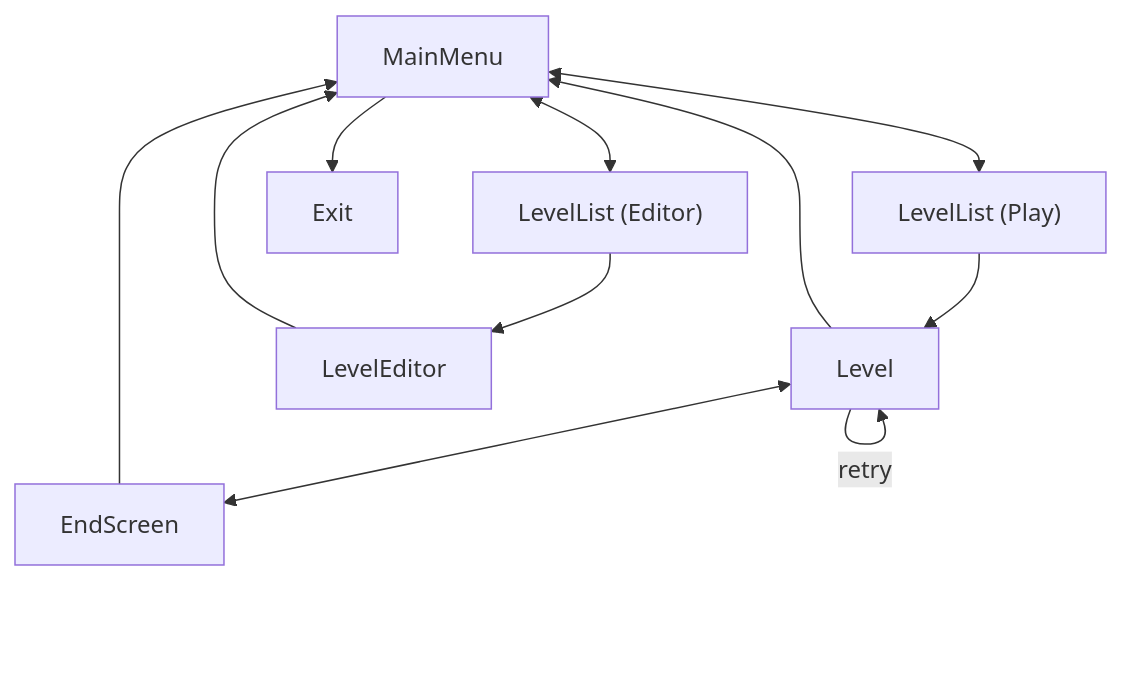
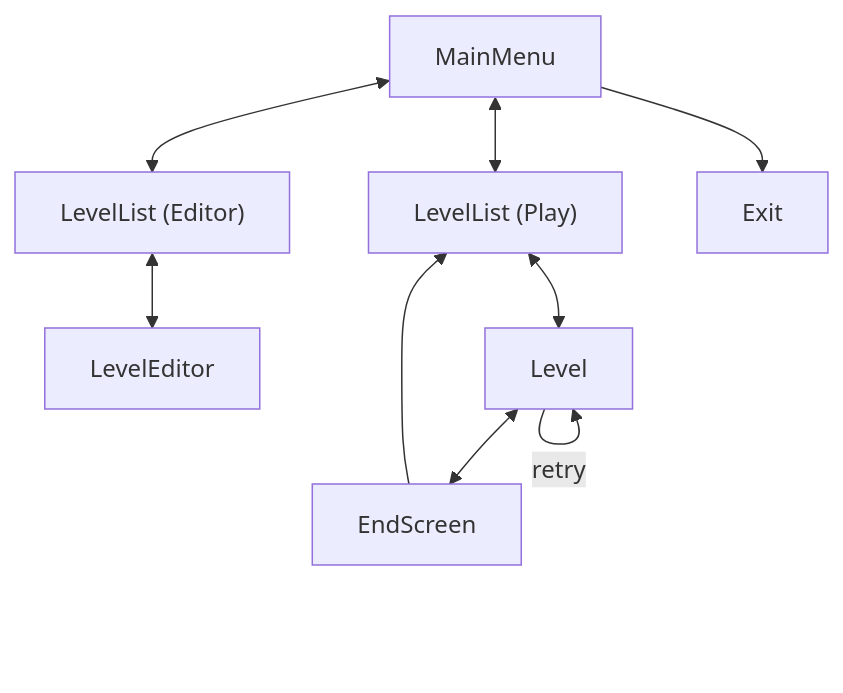
Before and after one commit to Zediyo/ot-harjoitustyo: the second of 2 diagrams in dokumentaatio/arkkitehtuuri.md, drawn with Mermaid.

````diff
--- a/dokumentaatio/arkkitehtuuri.md
+++ b/dokumentaatio/arkkitehtuuri.md
@@ -55,18 +55,15 @@
 ```mermaid
 flowchart TD
+    MainMenu <--> LevelListEditor["LevelList (Editor)"]
     MainMenu <--> LevelListPlay["LevelList (Play)"]
-    MainMenu <--> LevelListEditor["LevelList (Editor)"]
     MainMenu --> Exit
 
-    LevelListPlay["LevelList (Play)"] --> Level
-    LevelListEditor["LevelList (Editor)"] --> LevelEditor
+    LevelListEditor["LevelList (Editor)"] <--> LevelEditor
+    LevelListPlay["LevelList (Play)"] <--> Level
 
-    LevelEditor --> MainMenu
-
-    Level --> MainMenu
     Level <--> EndScreen
     Level --> |retry|Level
 
-    EndScreen --> MainMenu
+    EndScreen --> LevelListPlay["LevelList (Play)"]
   
 ```
````
